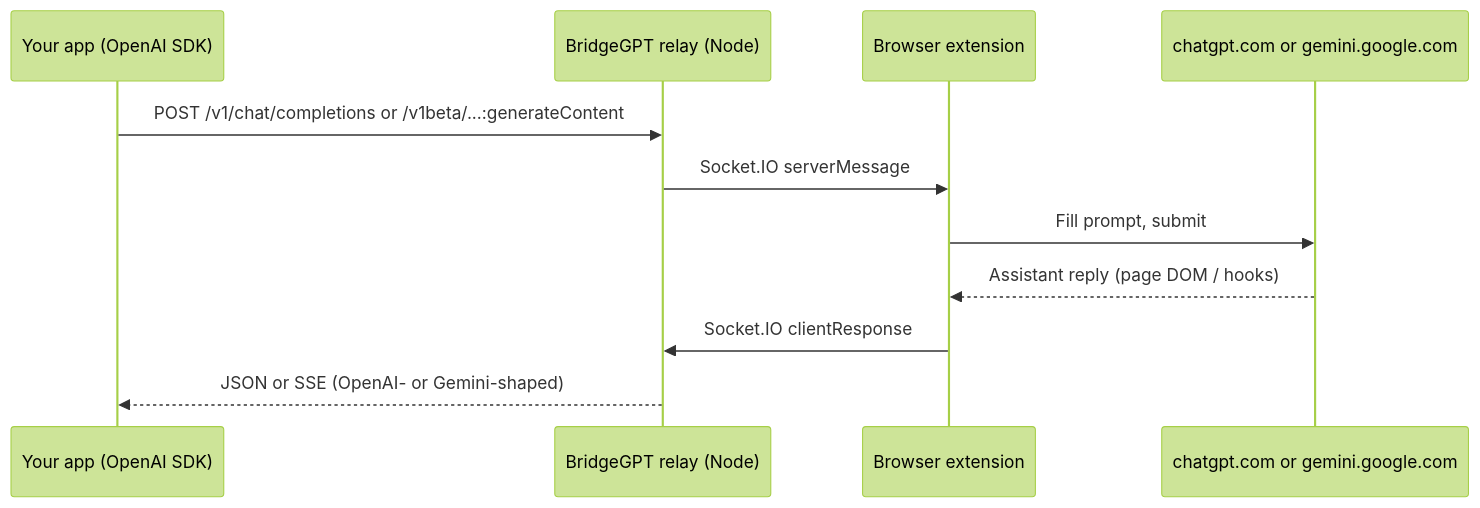
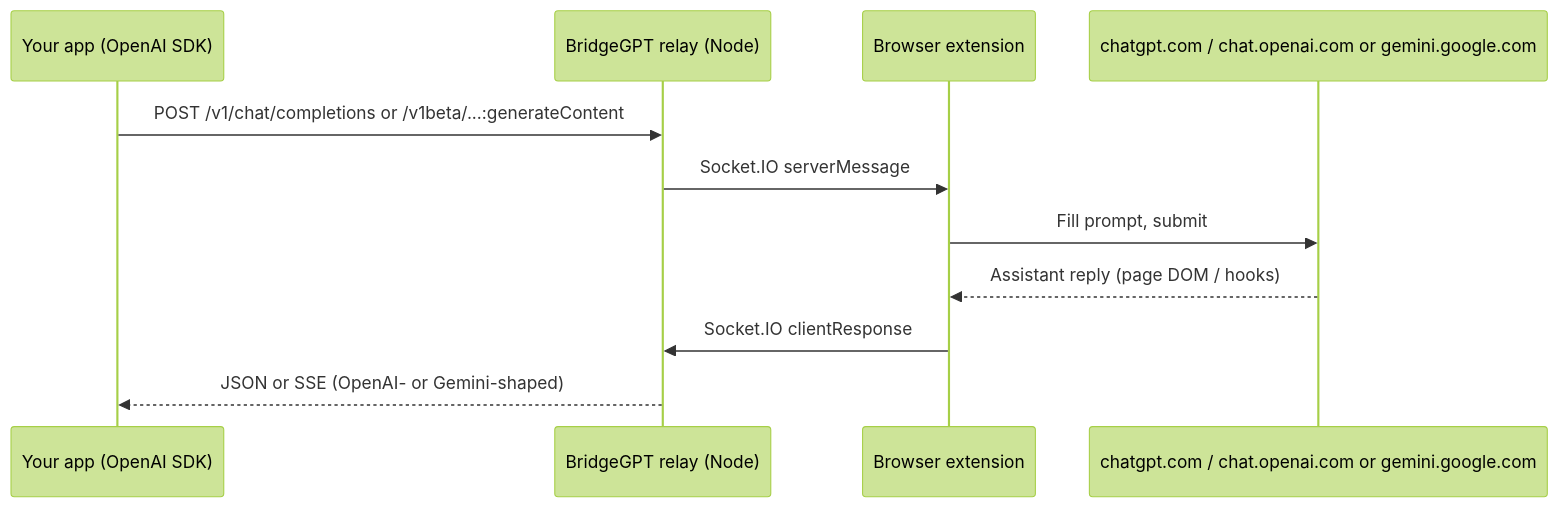
The diagram in README.md (ocmuuu/BridgeGPT), drawn with Mermaid (forest theme) before and after one commit. The commit also changed other lines of this file and 29 other files, not shown here.

````diff
--- a/README.md
+++ b/README.md
@@ -51,14 +51,14 @@
 ```mermaid
 sequenceDiagram
   participant App as Your app (OpenAI SDK)
   participant Relay as BridgeGPT relay (Node)
   participant Ext as Browser extension
-  participant Web as chatgpt.com or gemini.google.com
+  participant Web as chatgpt.com / chat.openai.com or gemini.google.com
 
   App->>Relay: POST /v1/chat/completions or /v1beta/...:generateContent
   Relay->>Ext: Socket.IO serverMessage
   Ext->>Web: Fill prompt, submit
   Web-->>Ext: Assistant reply (page DOM / hooks)
   Ext->>Relay: Socket.IO clientResponse
   Relay-->>App: JSON or SSE (OpenAI- or Gemini-shaped)
 ```
````
